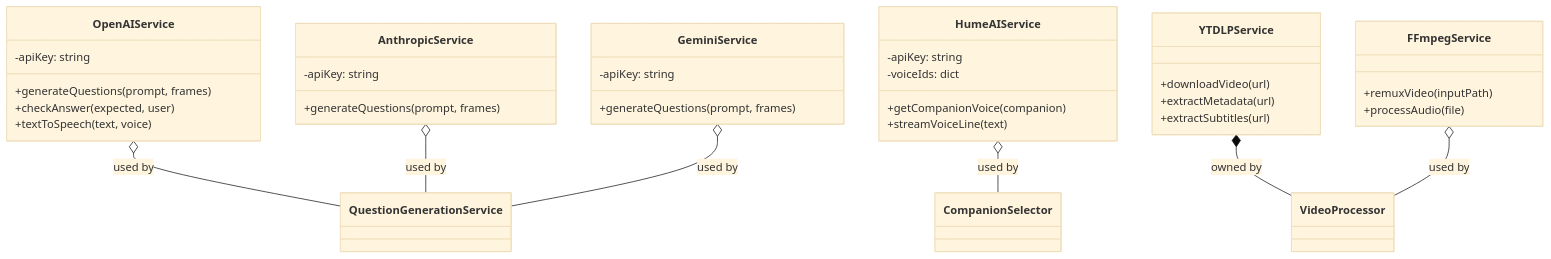
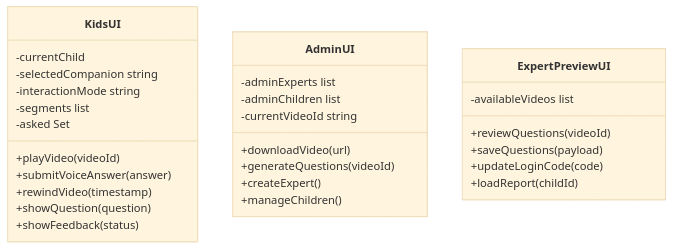
The third of 3 diagrams in documentation/docs/system-architecture/class-diagrams.md (Capstone-Projects-2026-spring/project-piggyback-learning-piggyback-1), drawn with Mermaid (base theme) before and after one commit. The commit also changed other lines of this file and 3 other files, not shown here.

Commit message:
removed useless diagrams and updated class diagram

````diff
--- a/documentation/docs/system-architecture/class-diagrams.md
+++ b/documentation/docs/system-architecture/class-diagrams.md
@@ -205,48 +106,31 @@
 ```mermaid
 classDiagram
-    class OpenAIService {
-        -apiKey: string
-
-        +generateQuestions(prompt, frames)
-        +checkAnswer(expected, user)
-        +textToSpeech(text, voice)
+    class KidsUI {
+        -currentChild
+        -selectedCompanion string
+        -interactionMode string
+        -segments list
+        -asked Set
+        +playVideo(videoId)
+        +submitVoiceAnswer(answer)
+        +rewindVideo(timestamp)
+        +showQuestion(question)
+        +showFeedback(status)
     }
-
-    class AnthropicService {
-        -apiKey: string
-
-        +generateQuestions(prompt, frames)
+    class AdminUI {
+        -adminExperts list
+        -adminChildren list
+        -currentVideoId string
+        +downloadVideo(url)
+        +generateQuestions(videoId)
+        +createExpert()
+        +manageChildren()
     }
-
-    class GeminiService {
-        -apiKey: string
-
-        +generateQuestions(prompt, frames)
+    class ExpertPreviewUI {
+        -availableVideos list
+        +reviewQuestions(videoId)
+        +saveQuestions(payload)
+        +updateLoginCode(code)
+        +loadReport(childId)
     }
-
-    class HumeAIService {
-        -apiKey: string
-        -voiceIds: dict
-
-        +getCompanionVoice(companion)
-        +streamVoiceLine(text)
-    }
-
-    class YTDLPService {
-        +downloadVideo(url)
-        +extractMetadata(url)
-        +extractSubtitles(url)
-    }
-
-    class FFmpegService {
-        +remuxVideo(inputPath)
-        +processAudio(file)
-    }
-
-    OpenAIService o-- QuestionGenerationService : used by
-    AnthropicService o-- QuestionGenerationService : used by
-    GeminiService o-- QuestionGenerationService : used by
-    HumeAIService o-- CompanionSelector : used by
-    YTDLPService *-- VideoProcessor : owned by
-    FFmpegService o-- VideoProcessor : used by
 ```
````
